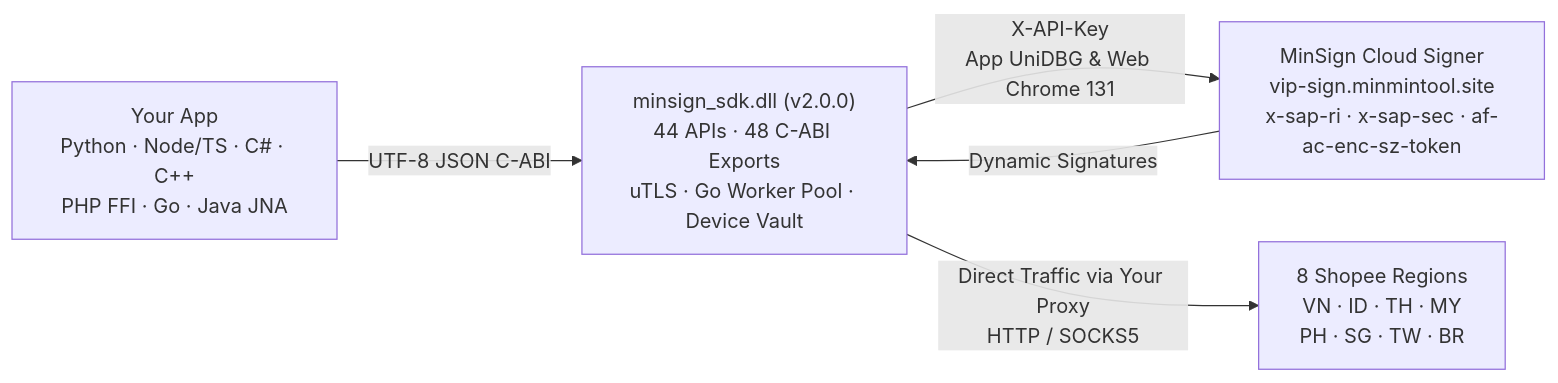
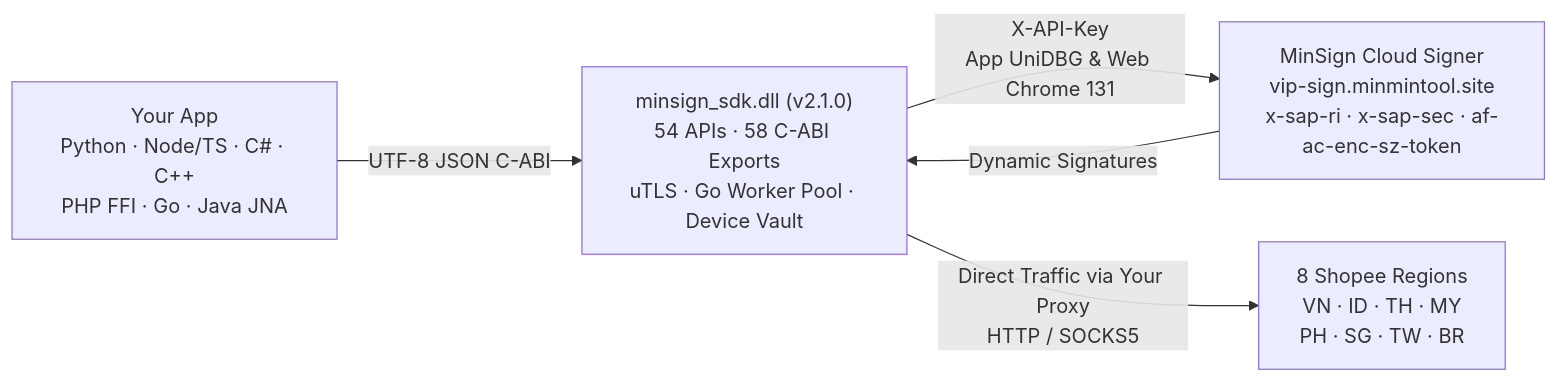
The diagram in README.md (minmin2402/shopeeapi), drawn with Mermaid before and after one commit. The commit also changed other lines of this file and 20 other files, not shown here.

Commit message:
feat(sdk): v2.1.0 - 54 APIs (+10 MCN, Invitation Accept acp & Affiliate Center), 7 wrappers & 5-language docs

````diff
--- a/README.md
+++ b/README.md
@@ -23,7 +23,7 @@
 ```mermaid
 flowchart LR
-    A["Your App<br/>Python · Node/TS · C# · C++<br/>PHP FFI · Go · Java JNA"] -->|UTF-8 JSON C-ABI| B["minsign_sdk.dll (v2.0.0)<br/>44 APIs · 48 C-ABI Exports<br/>uTLS · Go Worker Pool · Device Vault"]
+    A["Your App<br/>Python · Node/TS · C# · C++<br/>PHP FFI · Go · Java JNA"] -->|UTF-8 JSON C-ABI| B["minsign_sdk.dll (v2.1.0)<br/>54 APIs · 58 C-ABI Exports<br/>uTLS · Go Worker Pool · Device Vault"]
     B -->|X-API-Key<br/>App UniDBG & Web Chrome 131| C["MinSign Cloud Signer<br/>vip-sign.minmintool.site<br/>x-sap-ri · x-sap-sec · af-ac-enc-sz-token"]
     C -->|Dynamic Signatures| B
     B -->|Direct Traffic via Your Proxy<br/>HTTP / SOCKS5| D["8 Shopee Regions<br/>VN · ID · TH · MY<br/>PH · SG · TW · BR"]
 ```
````
